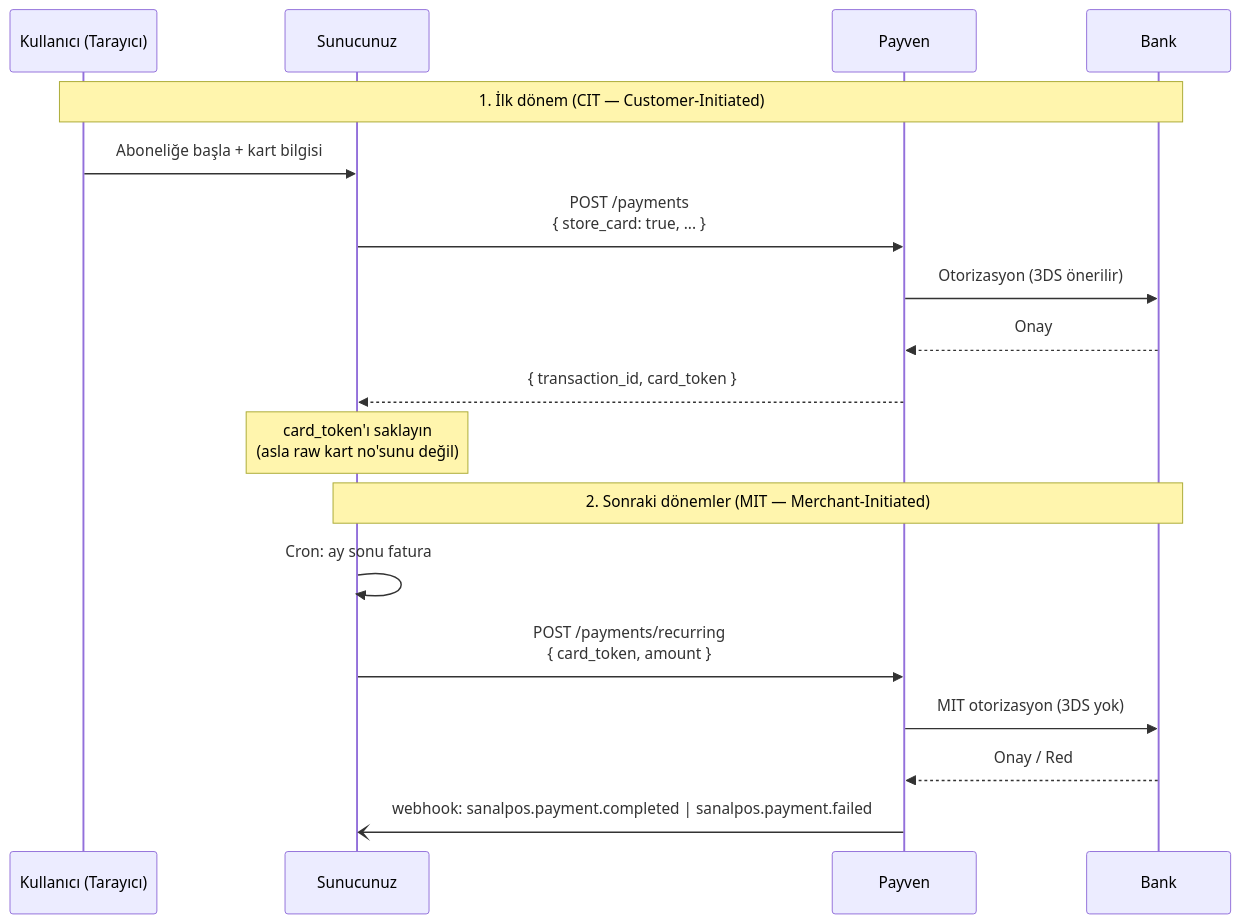
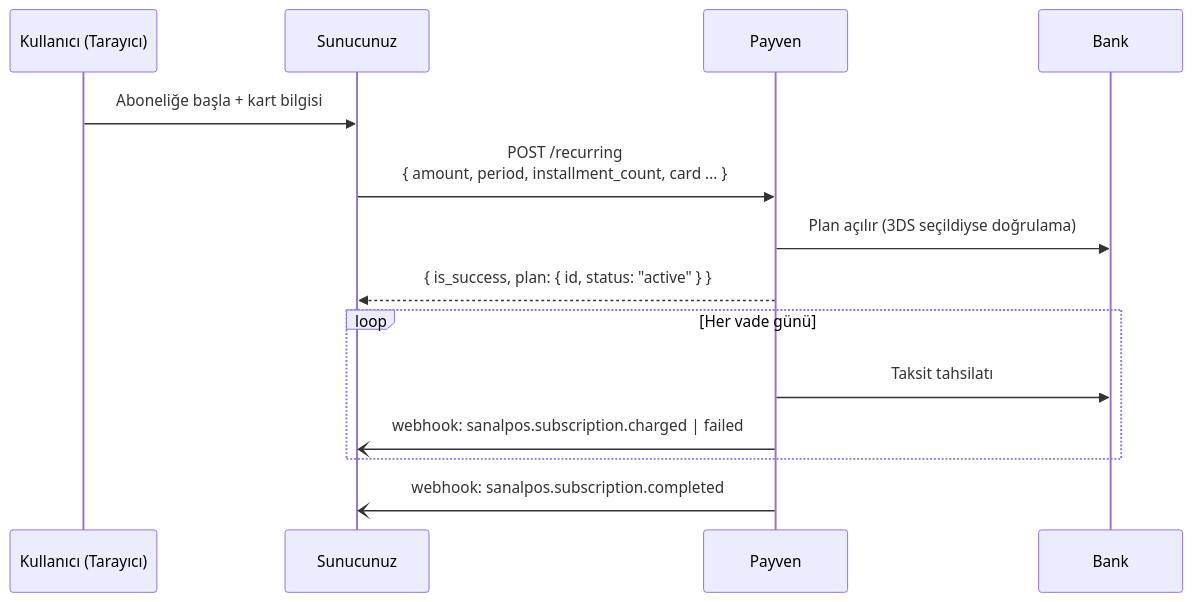
One commit to payment-pos/mintlify changed the diagram in recipes/subscription.mdx. Above: the diagram before and after it, drawn with Mermaid. The commit also changed other lines of this file and 135 other files, not shown here.

````diff
--- a/recipes/subscription.mdx
+++ b/recipes/subscription.mdx
@@ -10,22 +10,18 @@
 ```mermaid
 sequenceDiagram
     participant User as Kullanıcı (Tarayıcı)
     participant App as Sunucunuz
     participant Payven
     participant Bank
 
-    Note over User,Bank: 1. İlk dönem (CIT — Customer-Initiated)
     User->>App: Aboneliğe başla + kart bilgisi
-    App->>Payven: POST /payments<br/>{ store_card: true, ... }
-    Payven->>Bank: Otorizasyon (3DS önerilir)
-    Bank-->>Payven: Onay
-    Payven-->>App: { transaction_id, card_token }
-    Note over App: card_token'ı saklayın<br/>(asla raw kart no'sunu değil)
+    App->>Payven: POST /recurring<br/>{ amount, period, installment_count, card ... }
+    Payven->>Bank: Plan açılır (3DS seçildiyse doğrulama)
+    Payven-->>App: { is_success, plan: { id, status: "active" } }
 
-    Note over App,Bank: 2. Sonraki dönemler (MIT — Merchant-Initiated)
-    App->>App: Cron: ay sonu fatura
-    App->>Payven: POST /payments/recurring<br/>{ card_token, amount }
-    Payven->>Bank: MIT otorizasyon (3DS yok)
-    Bank-->>Payven: Onay / Red
-    Payven-)App: webhook: sanalpos.payment.completed | sanalpos.payment.failed
+    loop Her vade günü
+        Payven->>Bank: Taksit tahsilatı
+        Payven-)App: webhook: sanalpos.subscription.charged | failed
+    end
+    Payven-)App: webhook: sanalpos.subscription.completed
 ```
````
